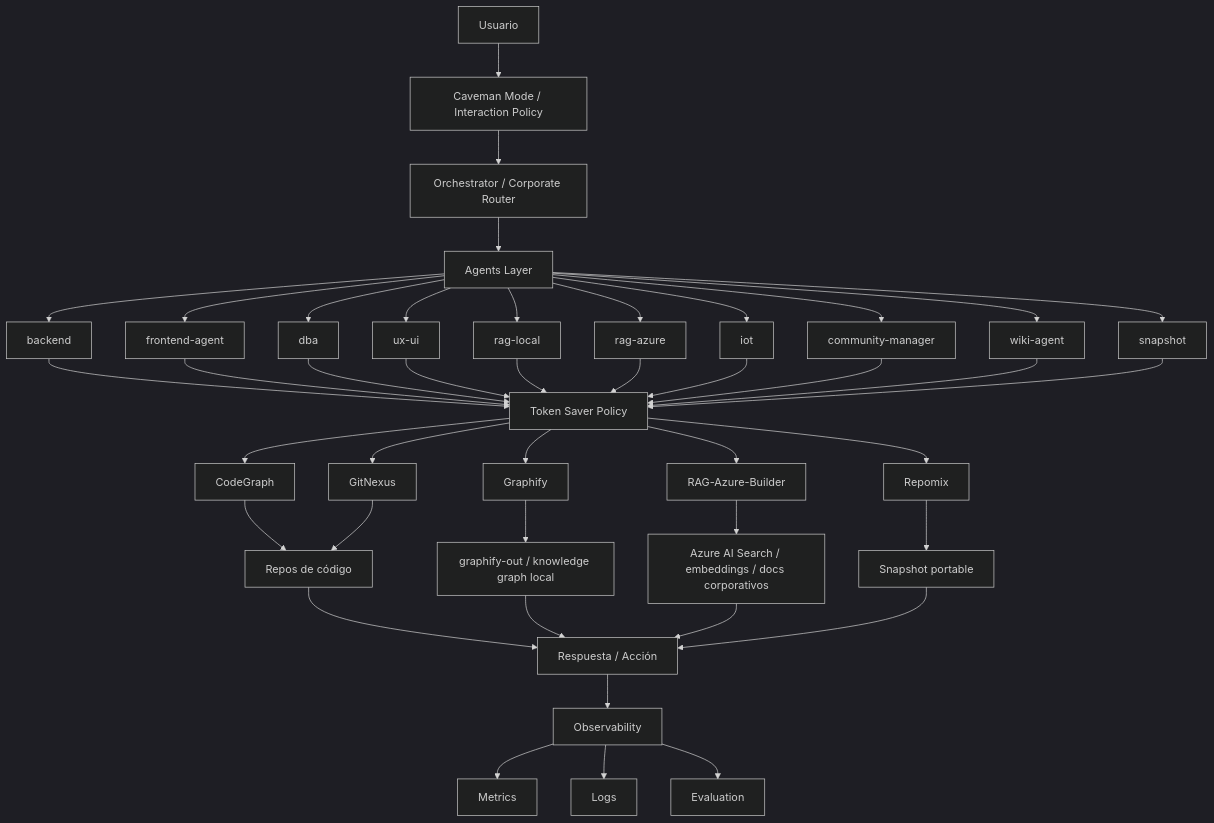
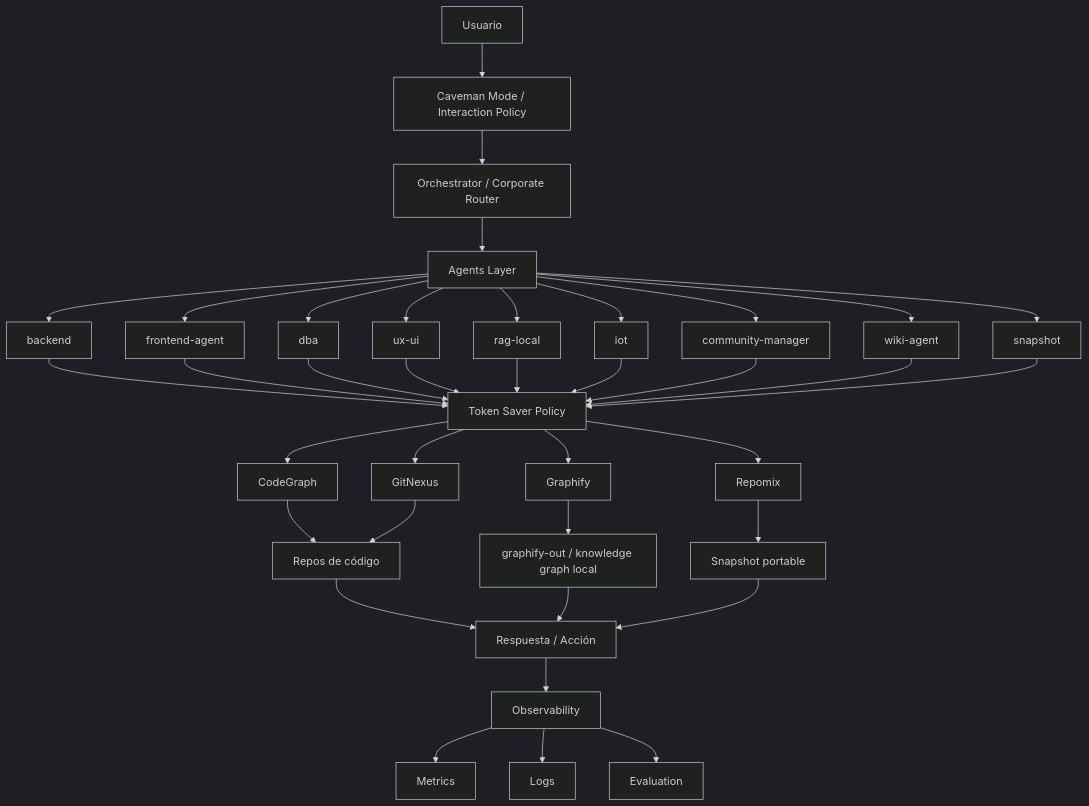
One commit to Sertxito/mcp-efficiency-engine changed the diagram in ARCHITECTURE.md. Above: the diagram before and after it, drawn with Mermaid (dark theme). The commit also changed other lines of this file and 19 other files, not shown here.

````diff
--- a/ARCHITECTURE.md
+++ b/ARCHITECTURE.md
@@ -3,50 +3,45 @@
 ```mermaid
 flowchart TD
     U[Usuario] --> CM[Caveman Mode / Interaction Policy]
     CM --> O[Orchestrator / Corporate Router]
     O --> A[Agents Layer]
 
     A --> DEV[backend]
     A --> FE[frontend-agent]
     A --> DBA[dba]
     A --> UX[ux-ui]
     A --> RAG[rag-local]
-    A --> AZ[rag-azure]
     A --> IOT[iot]
     A --> COM[community-manager]
     A --> WIKI[wiki-agent]
     A --> SNAP[snapshot]
 
     DEV --> TS[Token Saver Policy]
     FE --> TS
     DBA --> TS
     UX --> TS
     RAG --> TS
-    AZ --> TS
     IOT --> TS
     COM --> TS
     WIKI --> TS
     SNAP --> TS
 
     TS --> CG[CodeGraph]
     TS --> GN[GitNexus]
     TS --> GF[Graphify]
-    TS --> AZRAG[RAG-Azure-Builder]
     TS --> RPM[Repomix]
 
     CG --> CODE[Repos de código]
     GN --> CODE
     GF --> KG[graphify-out / knowledge graph local]
-    AZRAG --> AIS[Azure AI Search / embeddings / docs corporativos]
     RPM --> SNAPOUT[Snapshot portable]
 
     CODE --> RESP[Respuesta / Acción]
     KG --> RESP
-    AIS --> RESP
     SNAPOUT --> RESP
 
     RESP --> OBS[Observability]
     OBS --> MET[Metrics]
     OBS --> LOGS[Logs]
     OBS --> EVAL[Evaluation]
 ```
````
